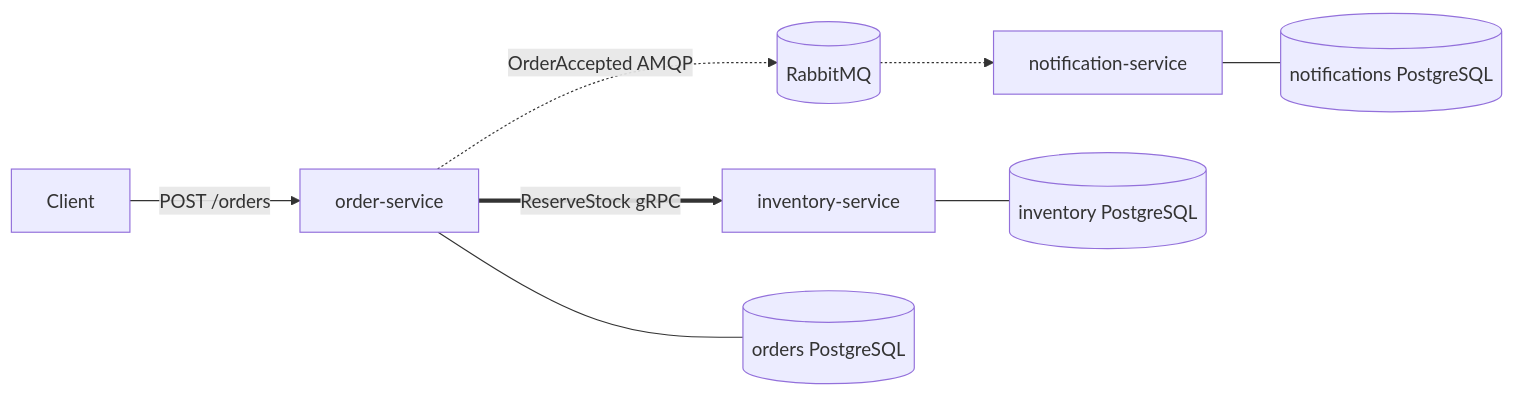
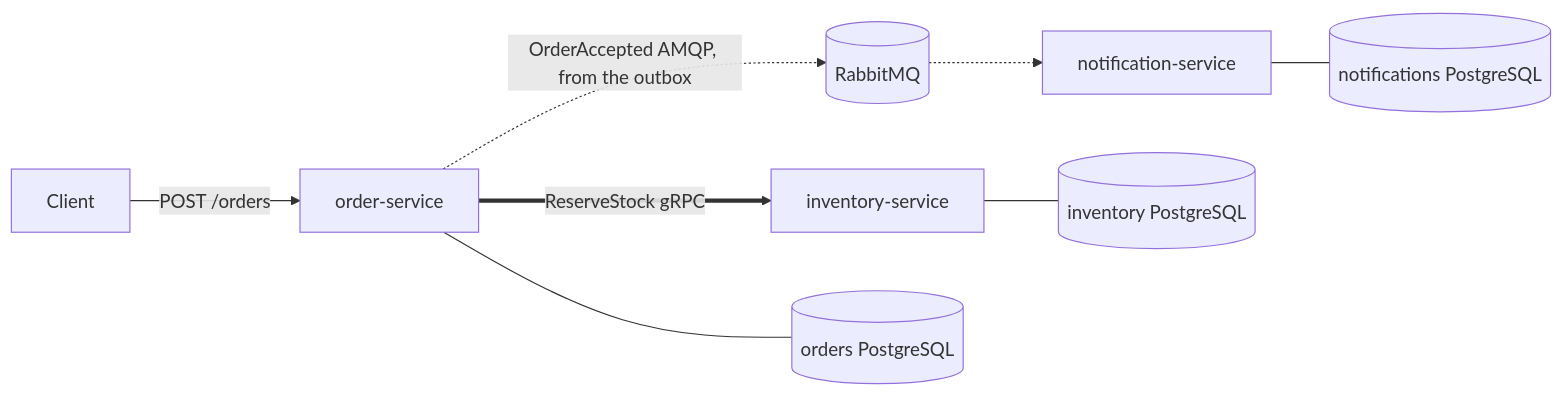
Before and after one commit to mojtaba-gheytasi/go-order-system-showcase: the diagram in README.md, drawn with Mermaid. The commit also changed other lines of this file and 5 other files, not shown here.

````diff
--- a/README.md
+++ b/README.md
@@ -20,10 +20,10 @@
 ```mermaid
 flowchart LR
     Client -->|POST /orders| Order[order-service]
     Order ==>|ReserveStock gRPC| Inventory[inventory-service]
-    Order -.->|OrderAccepted AMQP| RabbitMQ[(RabbitMQ)]
+    Order -.->|OrderAccepted AMQP, from the outbox| RabbitMQ[(RabbitMQ)]
     RabbitMQ -.-> Notification[notification-service]
     Order --- OrderDB[(orders PostgreSQL)]
     Inventory --- InventoryDB[(inventory PostgreSQL)]
     Notification --- NotificationDB[(notifications PostgreSQL)]
 ```
````
